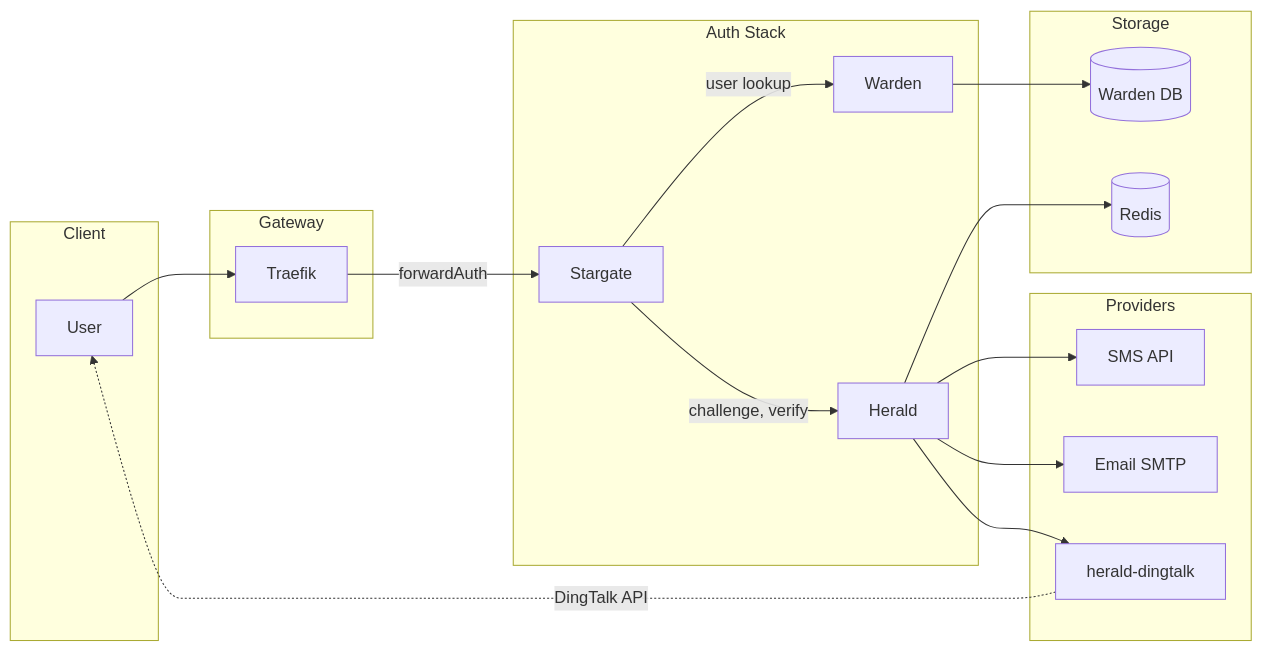
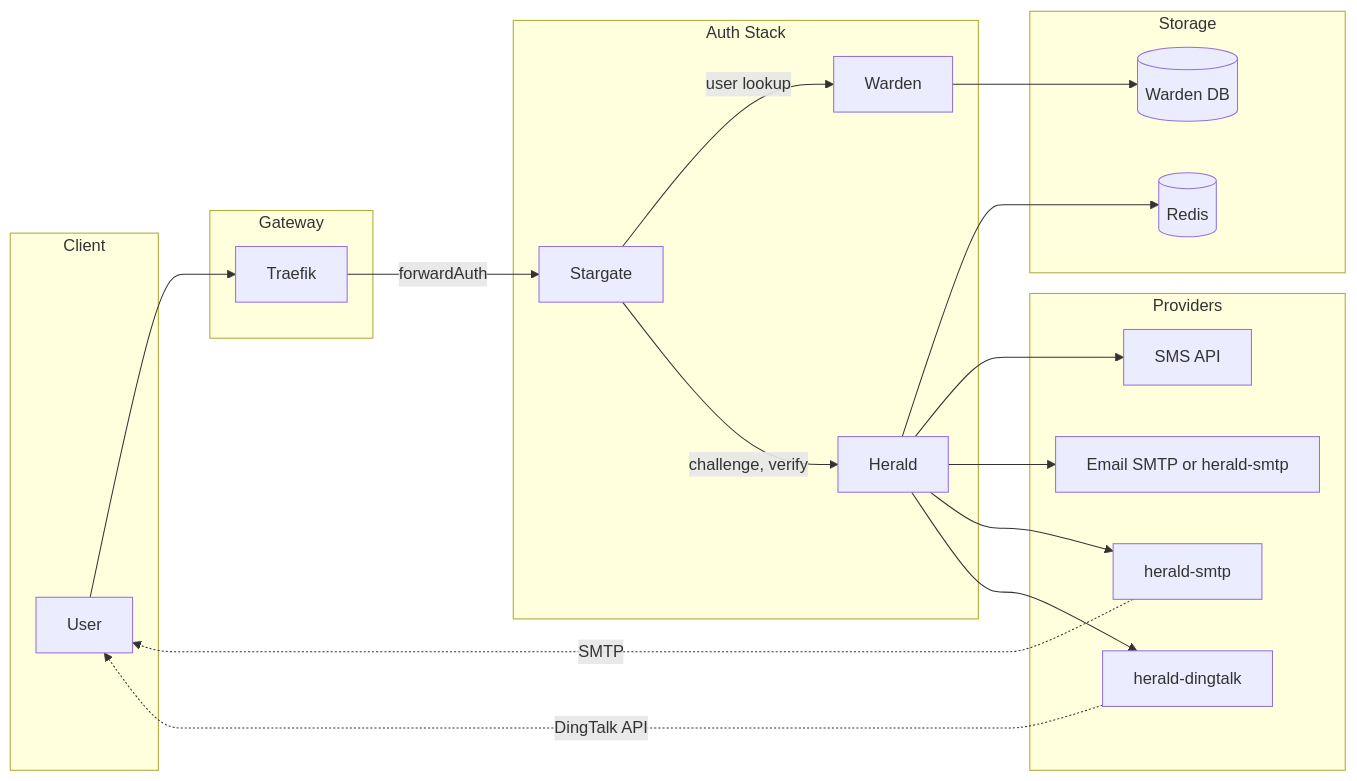
The diagram in docs/enUS/ARCHITECTURE.md (soulteary/herald), drawn with Mermaid before and after one commit. The commit also changed other lines of this file and 27 other files, not shown here.

Commit message:
feat: use herald-smtp

````diff
--- a/docs/enUS/ARCHITECTURE.md
+++ b/docs/enUS/ARCHITECTURE.md
@@ -11,38 +11,41 @@
 ```mermaid
 flowchart LR
   subgraph client [Client]
     User[User]
   end
 
   subgraph gateway [Gateway]
     Traefik[Traefik]
   end
 
   subgraph auth [Auth Stack]
     Stargate[Stargate]
     Warden[Warden]
     Herald[Herald]
   end
 
   subgraph storage [Storage]
     Redis[(Redis)]
     DB[(Warden DB)]
   end
 
   subgraph providers [Providers]
     SMS[SMS API]
-    Email[Email SMTP]
+    Email[Email SMTP or herald-smtp]
+    HeraldSMTP[herald-smtp]
     HeraldDingtalk[herald-dingtalk]
   end
 
   User --> Traefik
   Traefik -->|forwardAuth| Stargate
   Stargate -->|user lookup| Warden
   Stargate -->|challenge, verify| Herald
   Warden --> DB
   Herald --> Redis
   Herald --> SMS
   Herald --> Email
+  Herald --> HeraldSMTP
   Herald --> HeraldDingtalk
+  HeraldSMTP -.->|SMTP| User
   HeraldDingtalk -.->|DingTalk API| User
 ```
````
